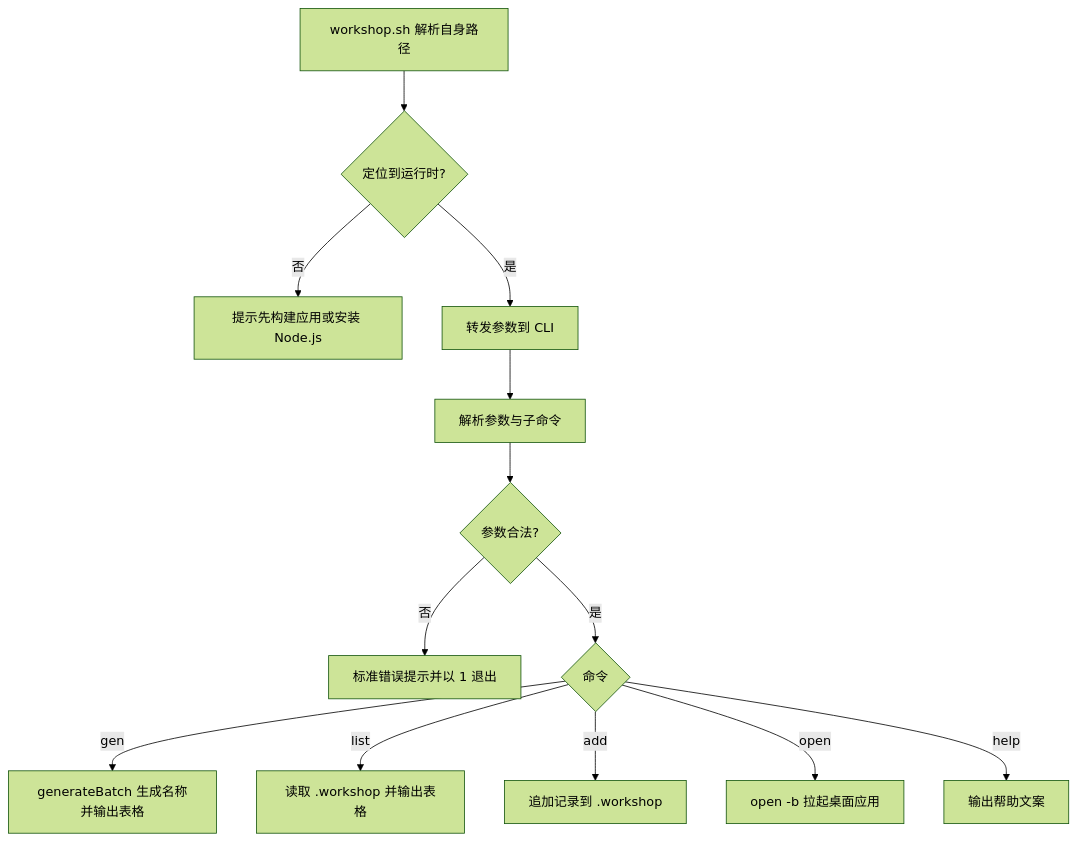
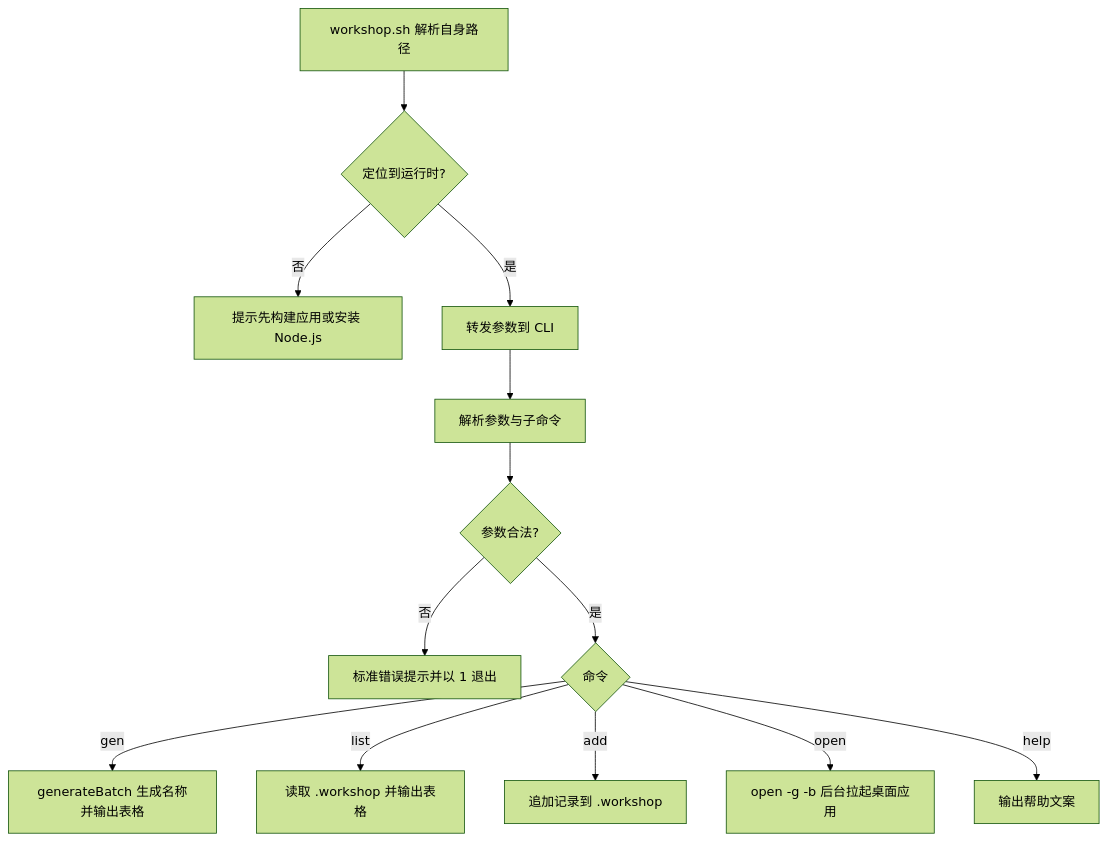
One commit to the-writer/creative-workshop changed the diagram in docs/prd/10-cli.md. Above: the diagram before and after it, drawn with Mermaid (forest theme). The commit also changed other lines of this file and 2 other files, not shown here.

Commit message:
fix: launch app in background from CLI

````diff
--- a/docs/prd/10-cli.md
+++ b/docs/prd/10-cli.md
@@ -116,15 +116,15 @@
 ```mermaid
 flowchart TD
   A[workshop.sh 解析自身路径] --> B{定位到运行时?}
   B -- 否 --> C[提示先构建应用或安装 Node.js]
   B -- 是 --> D[转发参数到 CLI]
   D --> E[解析参数与子命令]
   E --> F{参数合法?}
   F -- 否 --> G[标准错误提示并以 1 退出]
   F -- 是 --> H{命令}
   H -- gen --> I[generateBatch 生成名称并输出表格]
   H -- list --> J[读取 .workshop 并输出表格]
   H -- add --> K[追加记录到 .workshop]
-  H -- open --> L[open -b 拉起桌面应用]
+  H -- open --> L[open -g -b 后台拉起桌面应用]
   H -- help --> M[输出帮助文案]
 ```
````
